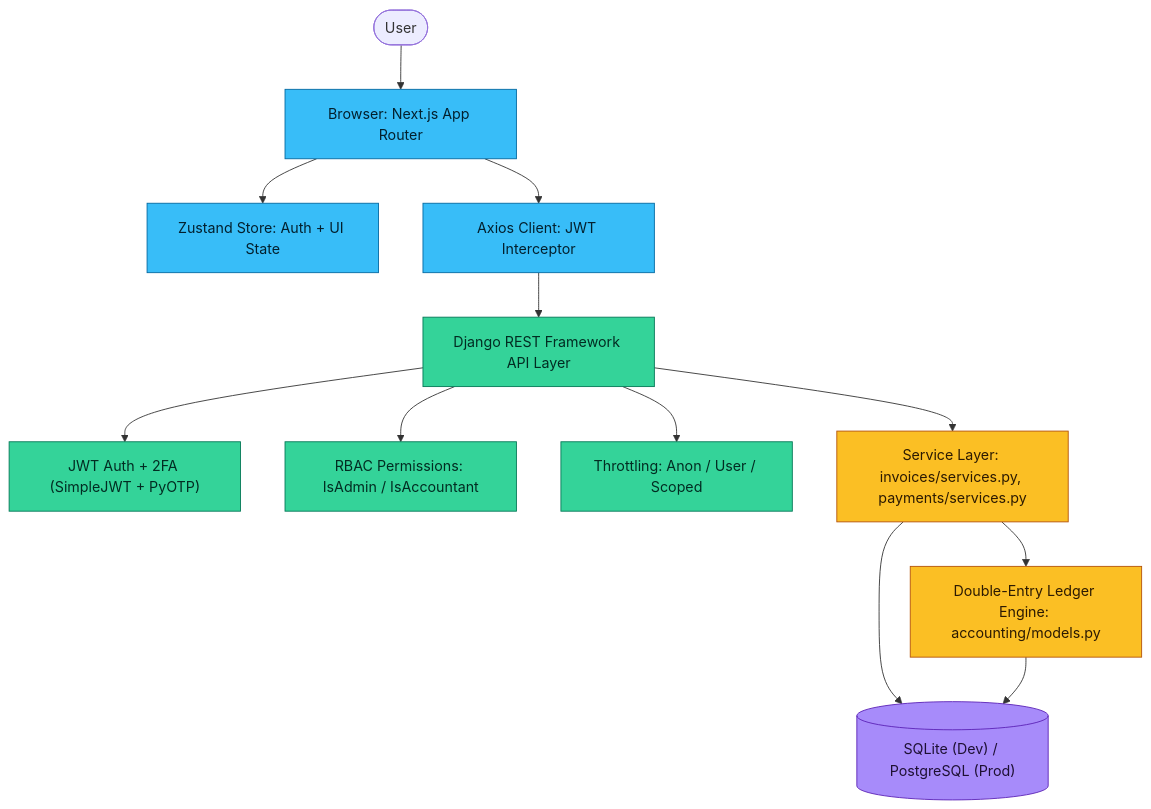
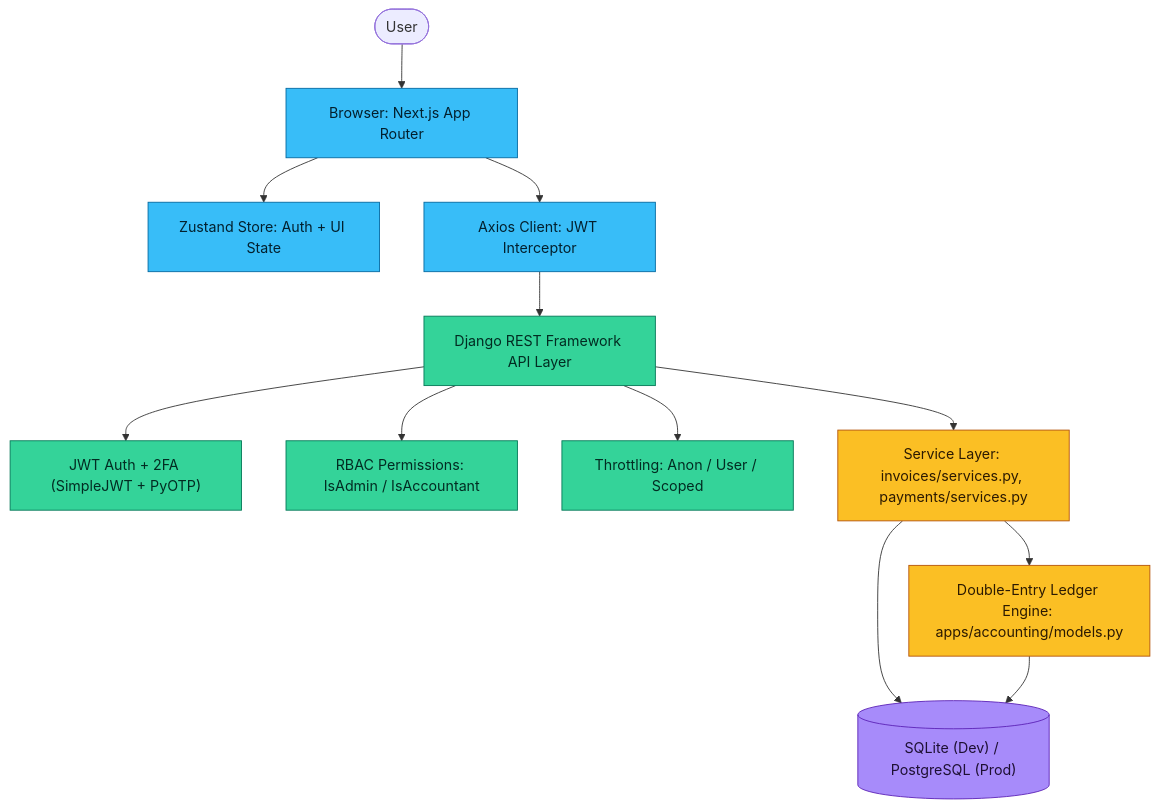
One commit to official-noman/nestmart_imas changed the first of 3 diagrams in README.md. Above: the diagram before and after it, drawn with Mermaid. The commit also changed 36 other files, not shown here.

````diff
--- a/README.md
+++ b/README.md
@@ -73,24 +73,24 @@
 ```mermaid
 graph TD
     User(["User"]) --> Browser["Browser: Next.js App Router"]
     Browser --> StateStore["Zustand Store: Auth + UI State"]
     Browser --> HttpClient["Axios Client: JWT Interceptor"]
     HttpClient --> API["Django REST Framework API Layer"]
     API --> AuthLayer["JWT Auth + 2FA (SimpleJWT + PyOTP)"]
     API --> RBACLayer["RBAC Permissions: IsAdmin / IsAccountant"]
     API --> Throttle["Throttling: Anon / User / Scoped"]
     API --> ServiceLayer["Service Layer: invoices/services.py, payments/services.py"]
-    ServiceLayer --> Ledger["Double-Entry Ledger Engine: accounting/models.py"]
+    ServiceLayer --> Ledger["Double-Entry Ledger Engine: apps/accounting/models.py"]
     ServiceLayer --> Database[("SQLite (Dev) / PostgreSQL (Prod)")]
     Ledger --> Database
 
     classDef client fill:#38bdf8,stroke:#0369a1,stroke-width:1px,color:#03202e
     classDef api fill:#34d399,stroke:#047857,stroke-width:1px,color:#022c22
     classDef core fill:#fbbf24,stroke:#b45309,stroke-width:1px,color:#2c1a02
     classDef store fill:#a78bfa,stroke:#5b21b6,stroke-width:1px,color:#1e1033
 
     class Browser,StateStore,HttpClient client
     class API,AuthLayer,RBACLayer,Throttle api
     class ServiceLayer,Ledger core
     class Database store
 ```
````
